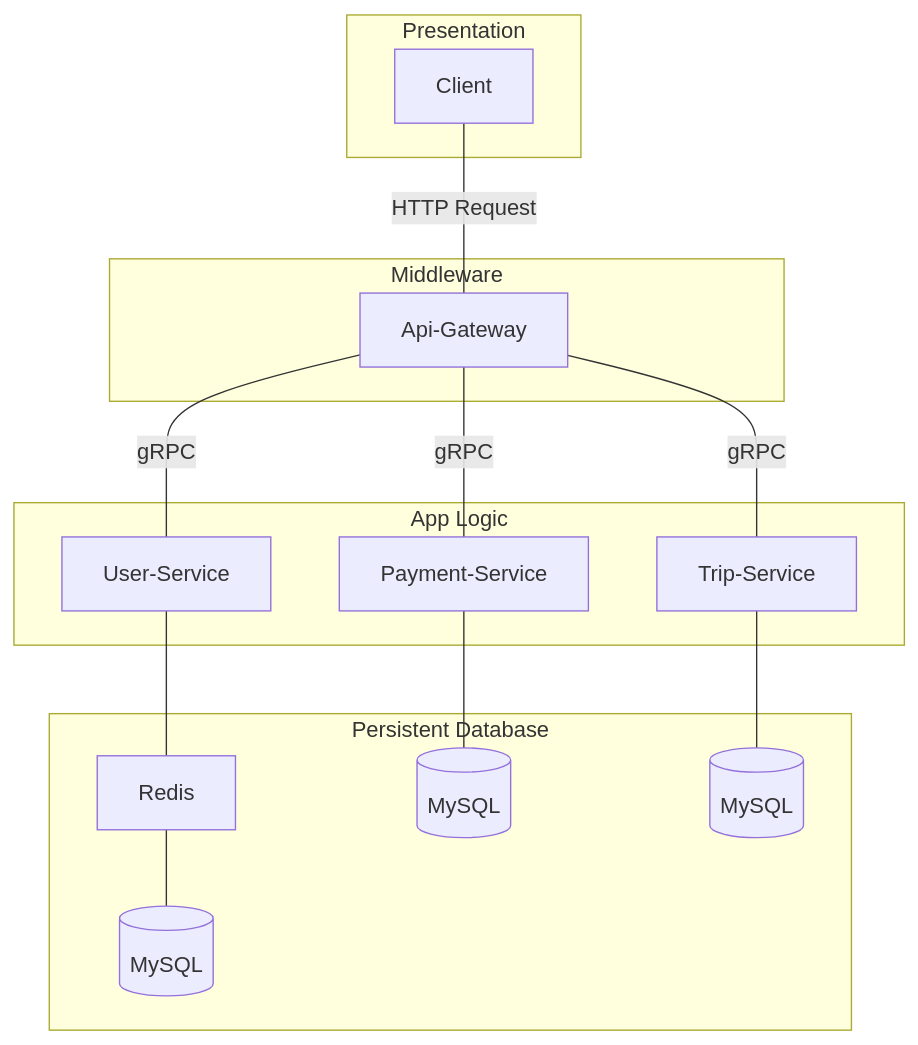
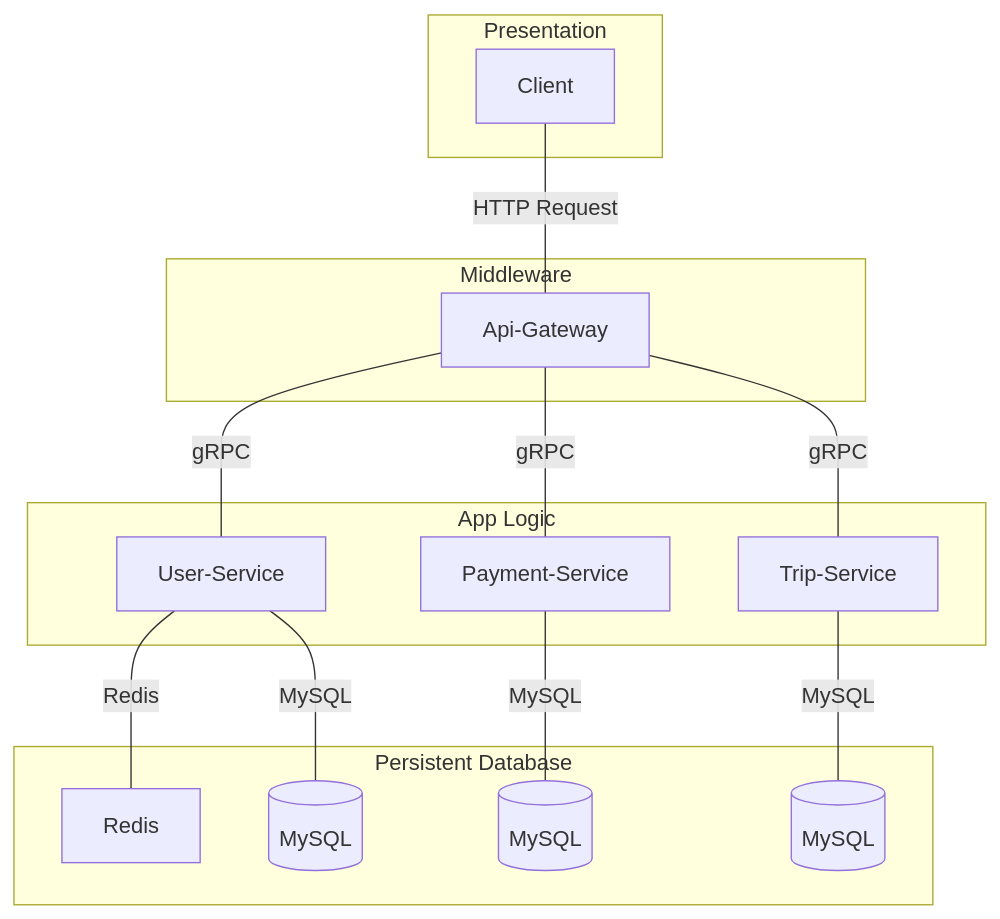
Before and after one commit to haiyen11231/eco-taxi-api-gateway: the diagram in README.md, drawn with Mermaid. The commit also changed other lines of this file, not shown here.

````diff
--- a/README.md
+++ b/README.md
@@ -73,38 +117,38 @@
 ```mermaid
 graph TD
     %% Presentation Layer
     subgraph Presentation
         Client
     end
 
     %% Middleware Layer
     subgraph Middleware
         Api-Gateway
     end
 
     %% App Logic Layer
     subgraph App_Logic [App Logic]
         User-Service
         Trip-Service
         Payment-Service
     end
 
     %% Persistent Database Layer
     subgraph Persistent_Database [Persistent Database]
         Redis
         User-MySQL[(MySQL)]
         Payment-MySQL[(MySQL)]
         Trip-MySQL[(MySQL)]
     end
 
     %% Connections
     Client ---|HTTP Request| Api-Gateway
     Api-Gateway ---|gRPC| User-Service
     Api-Gateway ---|gRPC| Trip-Service
     Api-Gateway ---|gRPC| Payment-Service
-    User-Service --- Redis
-    Redis --- User-MySQL
-    Payment-Service --- Payment-MySQL
-    Trip-Service --- Trip-MySQL
+    User-Service ---|Redis| Redis
+    User-Service ---|MySQL| User-MySQL
+    Payment-Service ---|MySQL| Payment-MySQL
+    Trip-Service ---|MySQL| Trip-MySQL
 
 ```
````
